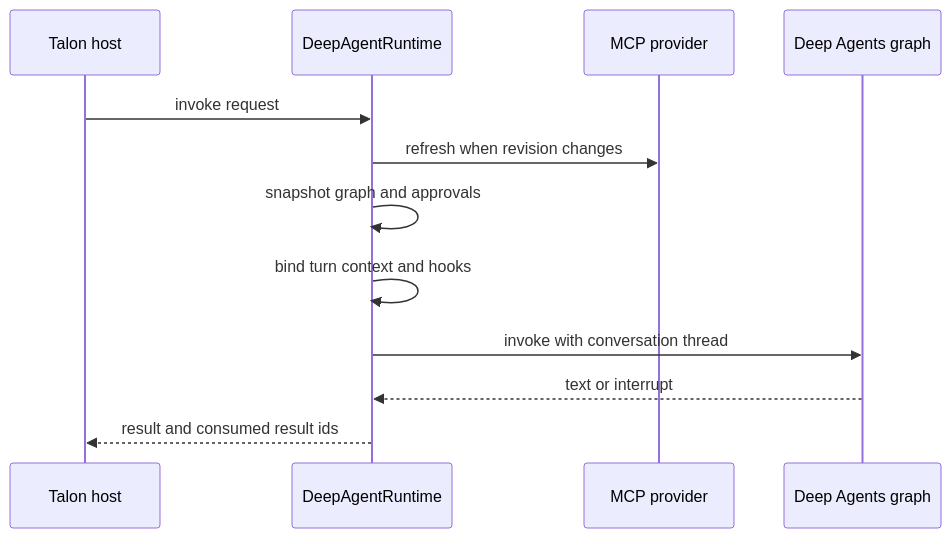
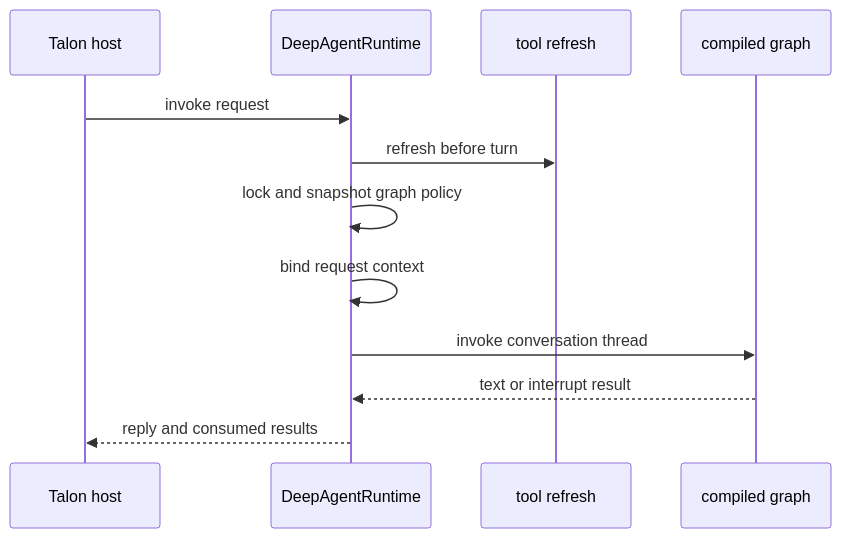
One commit to langchain-ai/deepagents changed the third of 3 diagrams in openwiki/architecture/source-map.md. Above: the diagram before and after it, drawn with Mermaid. The commit also changed other lines of this file and 43 other files, not shown here.

````diff
--- a/openwiki/architecture/source-map.md
+++ b/openwiki/architecture/source-map.md
@@ -161,14 +176,14 @@
 ```mermaid
 sequenceDiagram
   participant Host as Talon host
   participant Runtime as DeepAgentRuntime
-  participant Provider as MCP provider
-  participant Graph as Deep Agents graph
+  participant Reload as tool refresh
+  participant Graph as compiled graph
   Host->>Runtime: invoke request
-  Runtime->>Provider: refresh when revision changes
-  Runtime->>Runtime: snapshot graph and approvals
-  Runtime->>Runtime: bind turn context and hooks
-  Runtime->>Graph: invoke with conversation thread
-  Graph-->>Runtime: text or interrupt
-  Runtime-->>Host: result and consumed result ids
+  Runtime->>Reload: refresh before turn
+  Runtime->>Runtime: lock and snapshot graph policy
+  Runtime->>Runtime: bind request context
+  Runtime->>Graph: invoke conversation thread
+  Graph-->>Runtime: text or interrupt result
+  Runtime-->>Host: reply and consumed results
 ```
````
